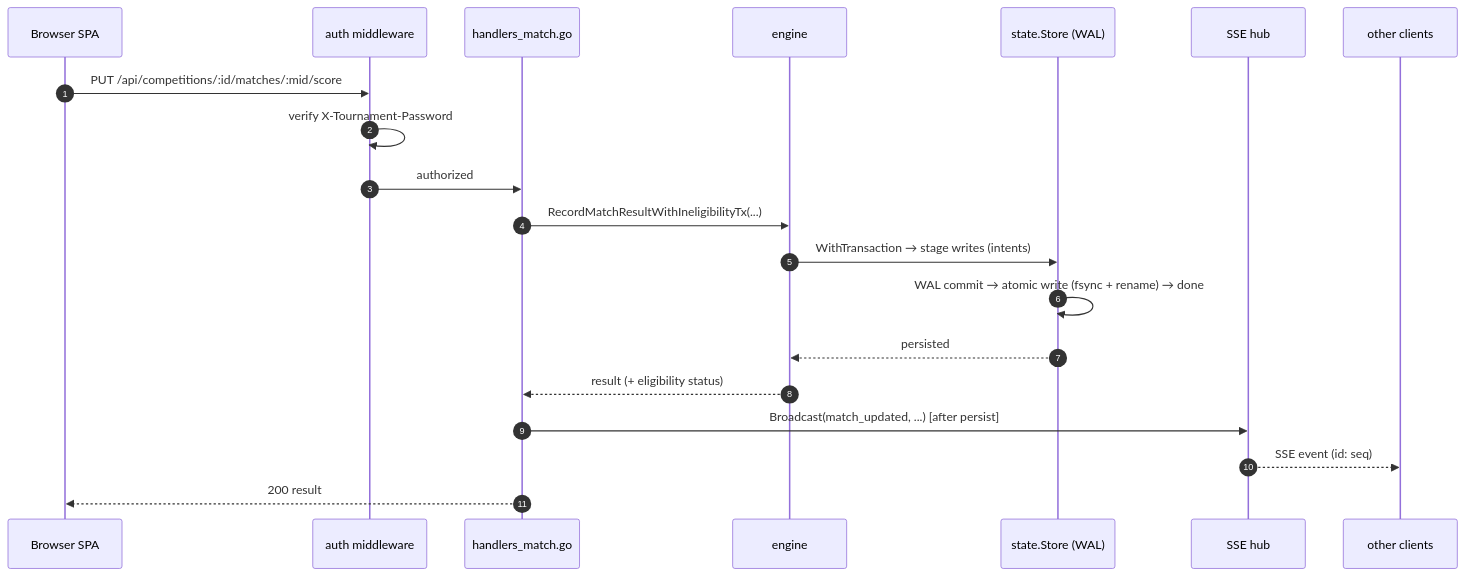
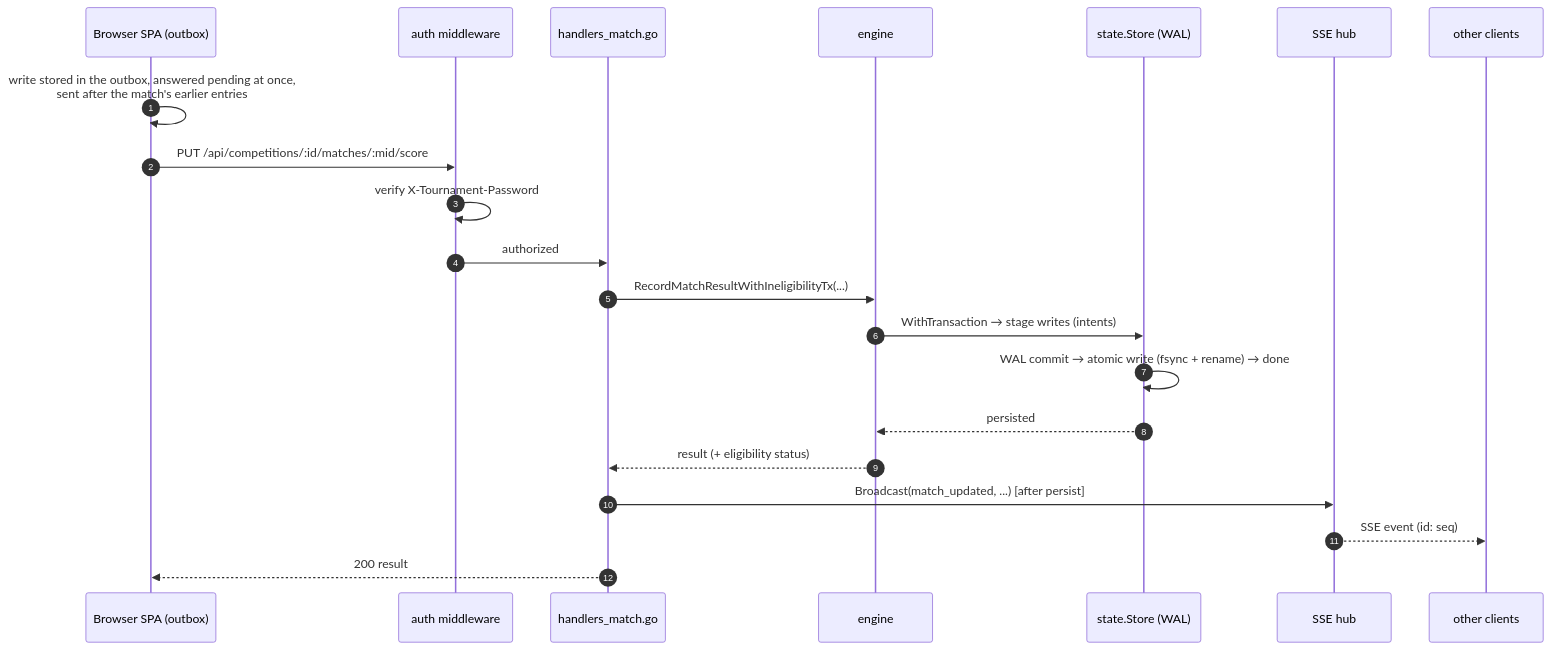
One commit to gitrgoliveira/bracket-creator changed the sixth of 8 diagrams in docs/architecture/software-architecture.md. Above: the diagram before and after it, drawn with Mermaid. The commit also changed other lines of this file and 2 other files, not shown here.

First line of the commit message:
docs(bc-evts): stage 6, the architecture diagrams show the tap cycle, which writes the outbox holds, and the answer's gaps, eventSeqs and turnedAway

````diff
--- a/docs/architecture/software-architecture.md
+++ b/docs/architecture/software-architecture.md
@@ -176,23 +176,24 @@
 ```mermaid
 sequenceDiagram
     autonumber
-    participant SPA as Browser SPA
+    participant SPA as Browser SPA (outbox)
     participant MW as auth middleware
     participant H as handlers_match.go
     participant E as engine
     participant S as state.Store (WAL)
     participant HUB as SSE hub
     participant OTHERS as other clients
 
+    SPA->>SPA: write stored in the outbox, answered pending at once,<br/>sent after the match's earlier entries
     SPA->>MW: PUT /api/competitions/:id/matches/:mid/score
     MW->>MW: verify X-Tournament-Password
     MW->>H: authorized
     H->>E: RecordMatchResultWithIneligibilityTx(...)
     E->>S: WithTransaction → stage writes (intents)
     S->>S: WAL commit → atomic write (fsync + rename) → done
     S-->>E: persisted
     E-->>H: result (+ eligibility status)
     H->>HUB: Broadcast(match_updated, ...)  [after persist]
     HUB-->>OTHERS: SSE event (id: seq)
     H-->>SPA: 200 result
 ```
````
